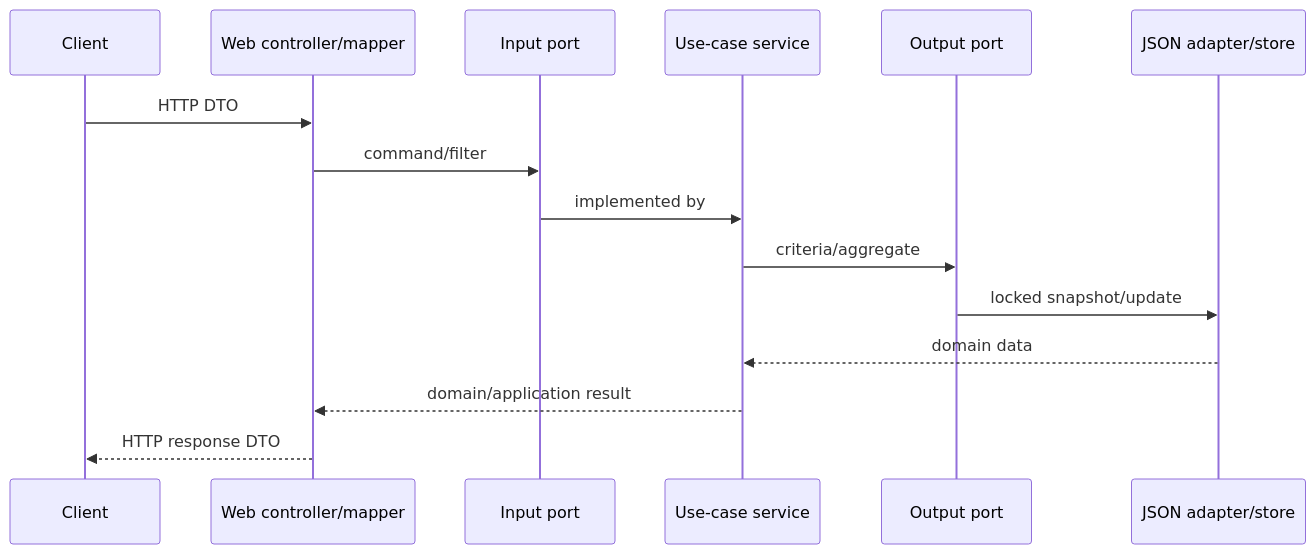
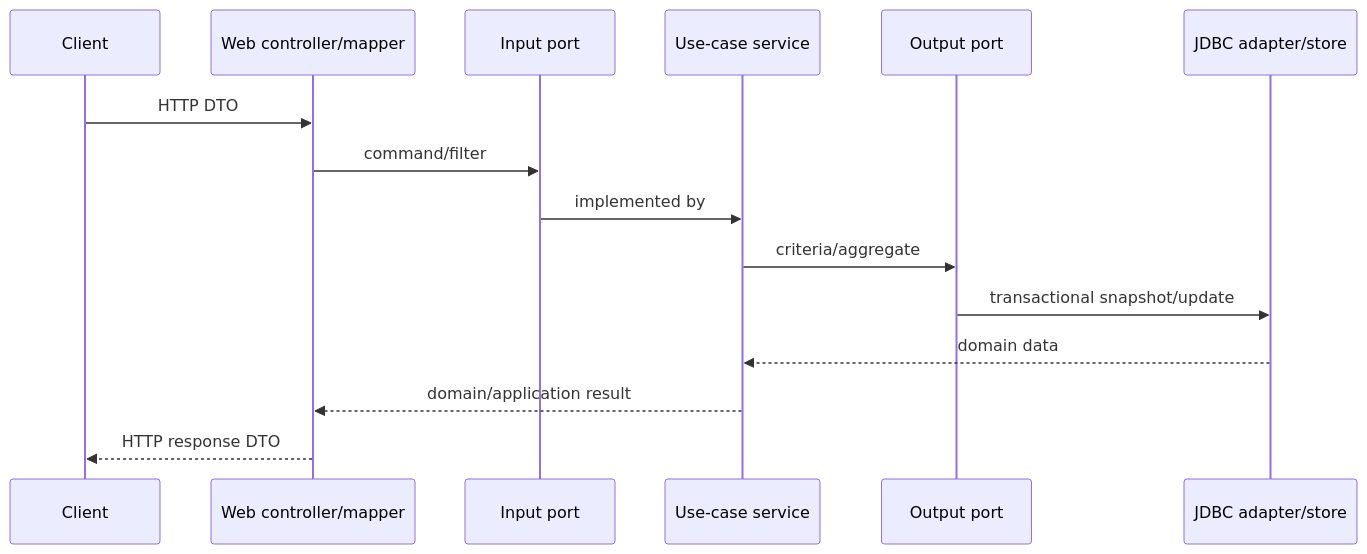
The second of 2 diagrams in backend/ARCHITECTURE.md (KubaUrbanek/savingsapp), drawn with Mermaid before and after one commit. The commit also changed other lines of this file and 25 other files, not shown here.

````diff
--- a/backend/ARCHITECTURE.md
+++ b/backend/ARCHITECTURE.md
@@ -51,17 +51,17 @@
 ```mermaid
 sequenceDiagram
   participant C as Client
   participant W as Web controller/mapper
   participant I as Input port
   participant U as Use-case service
   participant O as Output port
-  participant J as JSON adapter/store
+  participant J as JDBC adapter/store
   C->>W: HTTP DTO
   W->>I: command/filter
   I->>U: implemented by
   U->>O: criteria/aggregate
-  O->>J: locked snapshot/update
+  O->>J: transactional snapshot/update
   J-->>U: domain data
   U-->>W: domain/application result
   W-->>C: HTTP response DTO
 ```
````
